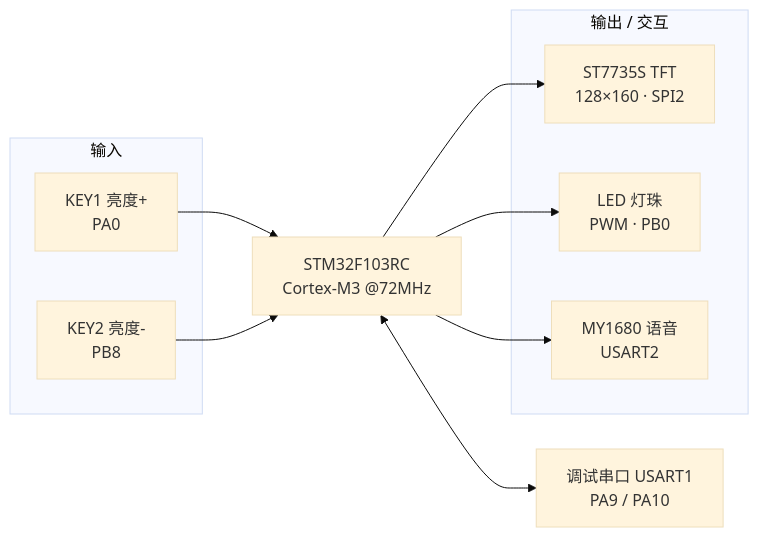
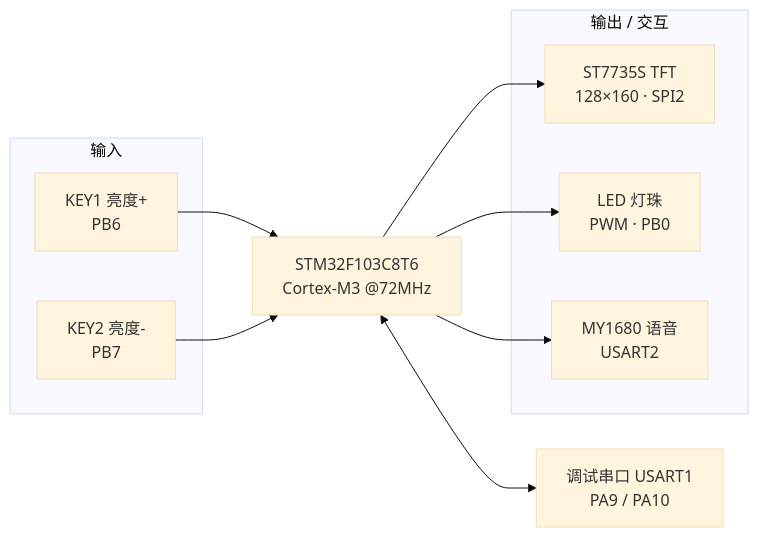
The first of 2 diagrams in README.md (musuixin01/stm32-smart-eye-care-lamp), drawn with Mermaid (base theme) before and after one commit. The commit also changed other lines of this file and 5 other files, not shown here.

First line of the commit message:
docs: update hardware to C8T6 + add official schematic

````diff
--- a/README.md
+++ b/README.md
@@ -36,20 +36,20 @@
 ```mermaid
 flowchart LR
     subgraph IN[输入]
-        K1["KEY1 亮度+<br/>PA0"]
-        K2["KEY2 亮度-<br/>PB8"]
+        K1["KEY1 亮度+<br/>PB6"]
+        K2["KEY2 亮度-<br/>PB7"]
     end
-    MCU["STM32F103RC<br/>Cortex-M3 @72MHz"]
+    MCU["STM32F103C8T6<br/>Cortex-M3 @72MHz"]
     subgraph OUT[输出 / 交互]
         TFT["ST7735S TFT<br/>128×160 · SPI2"]
         LED["LED 灯珠<br/>PWM · PB0"]
         VOICE["MY1680 语音<br/>USART2"]
     end
     DBG["调试串口 USART1<br/>PA9 / PA10"]
     K1 --> MCU
     K2 --> MCU
     MCU --> TFT
     MCU --> LED
     MCU --> VOICE
     MCU <--> DBG
 ```
````
